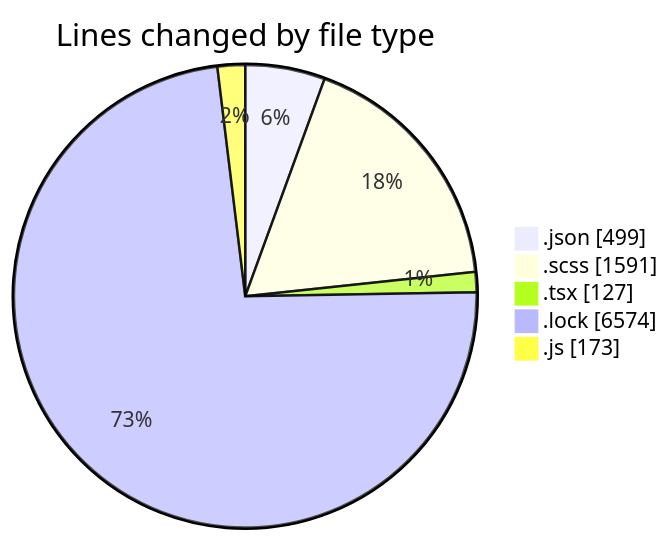
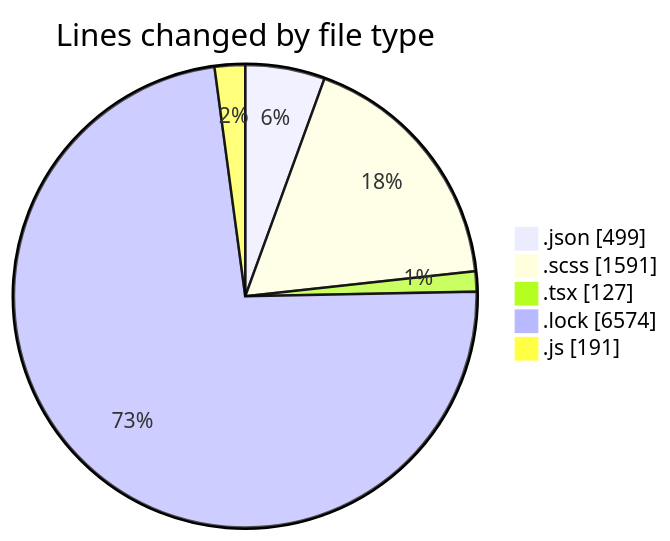
The first of 2 diagrams in 2026-08-11/cda/README.md (momahboobian/code-tracking), drawn with Mermaid before and after one commit. The commit also changed other lines of this file and 1 other file, not shown here.

````diff
--- a/2026-08-11/cda/README.md
+++ b/2026-08-11/cda/README.md
@@ -31,9 +31,9 @@
 ```mermaid
 pie showData
 title Lines changed by file type
 ".json" : 499
 ".scss" : 1591
 ".tsx" : 127
 ".lock" : 6574
-".js" : 173
+".js" : 191
 ```
````
